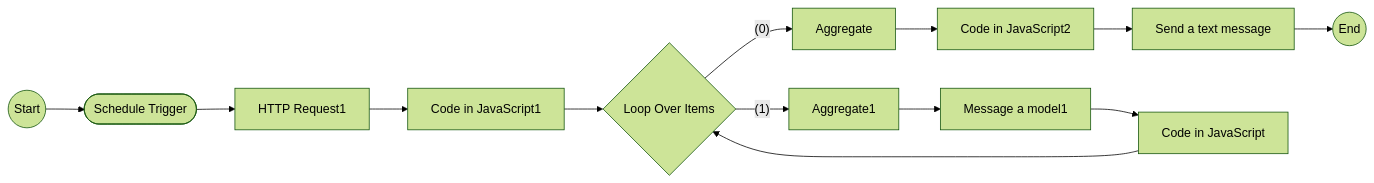
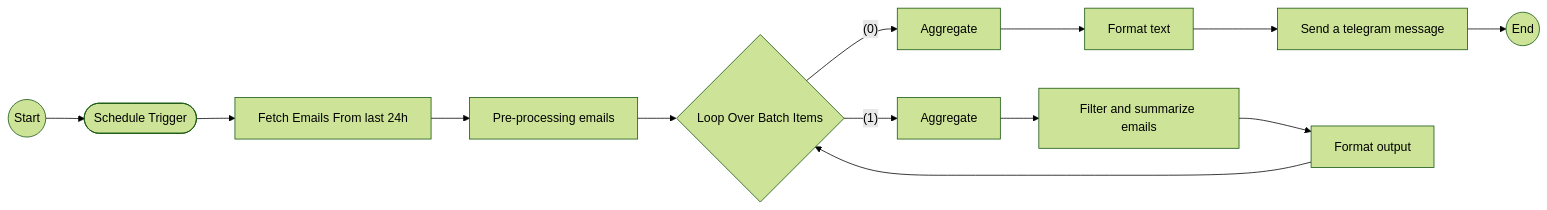
One commit to heliohsilva/projects changed the diagram in Lazy Mail.md. Above: the diagram before and after it, drawn with Mermaid (forest theme). The commit also changed other lines of this file, not shown here.

Commit message:
Mudanca no diagrama do lazy mail from image to mermaid

````diff
--- a/Lazy Mail.md
+++ b/Lazy Mail.md
@@ -55,33 +53,34 @@
 ```mermaid
 flowchart LR
-
+  
 %% Nodes
     A[Aggregate]
-    B[Code in JavaScript2]
-    C[Send a text message]
+    B[Format text]
+    C[Send a telegram message]
     D([Schedule Trigger])
-    E[HTTP Request1]
-    F[Code in JavaScript1]
-    G{Loop Over Items}
-    H[Aggregate1]
-    I[Message a model1]
-    J[Code in JavaScript]
+    E[Fetch Emails From last 24h]
+    F[Pre-processing emails]
+    G{Loop Over Batch Items}
+    H[Aggregate]
+    I[Filter and summarize emails]
+    J[Format output]
 
 %% Start/End
     START((Start))
     END((End))
 
 %% Connections
     I --> J
     G -->|"(0)"| A
     G -->|"(1)"| H
     F --> G
     D --> E
     START --> D
     J --> G
     E --> F
     H --> I
     C --> END
     A --> B
     B --> C
+
 ```
````
